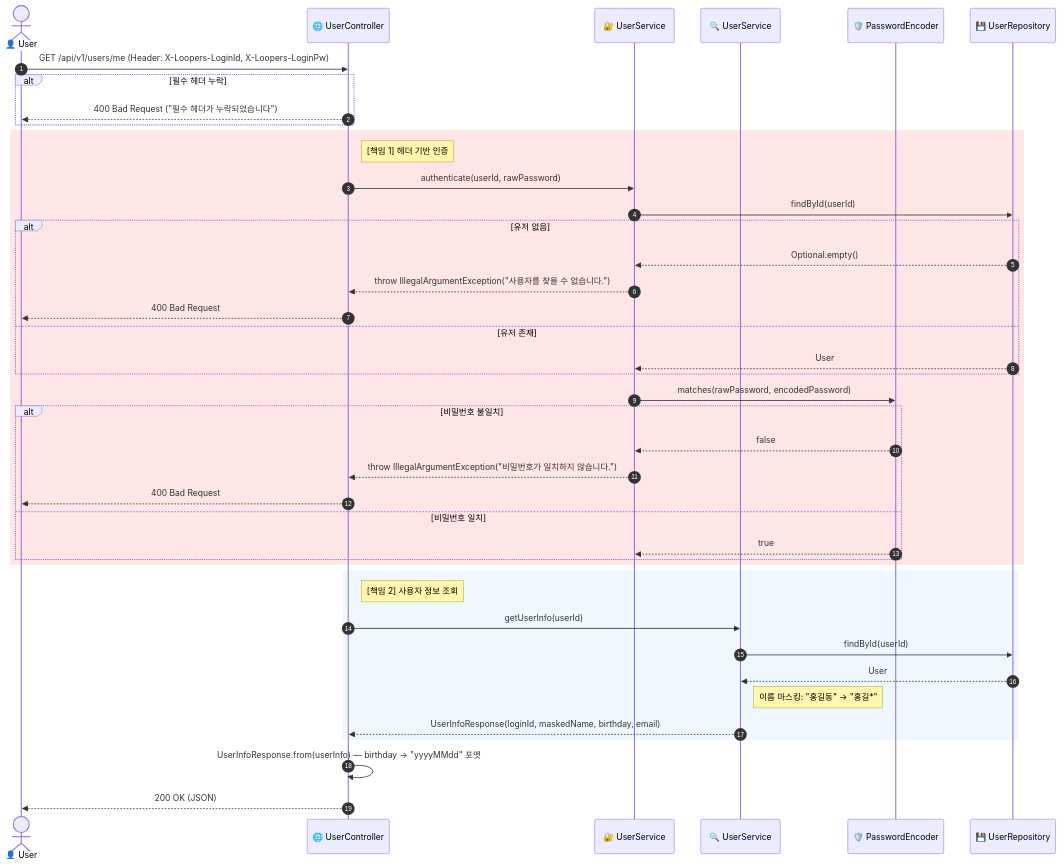
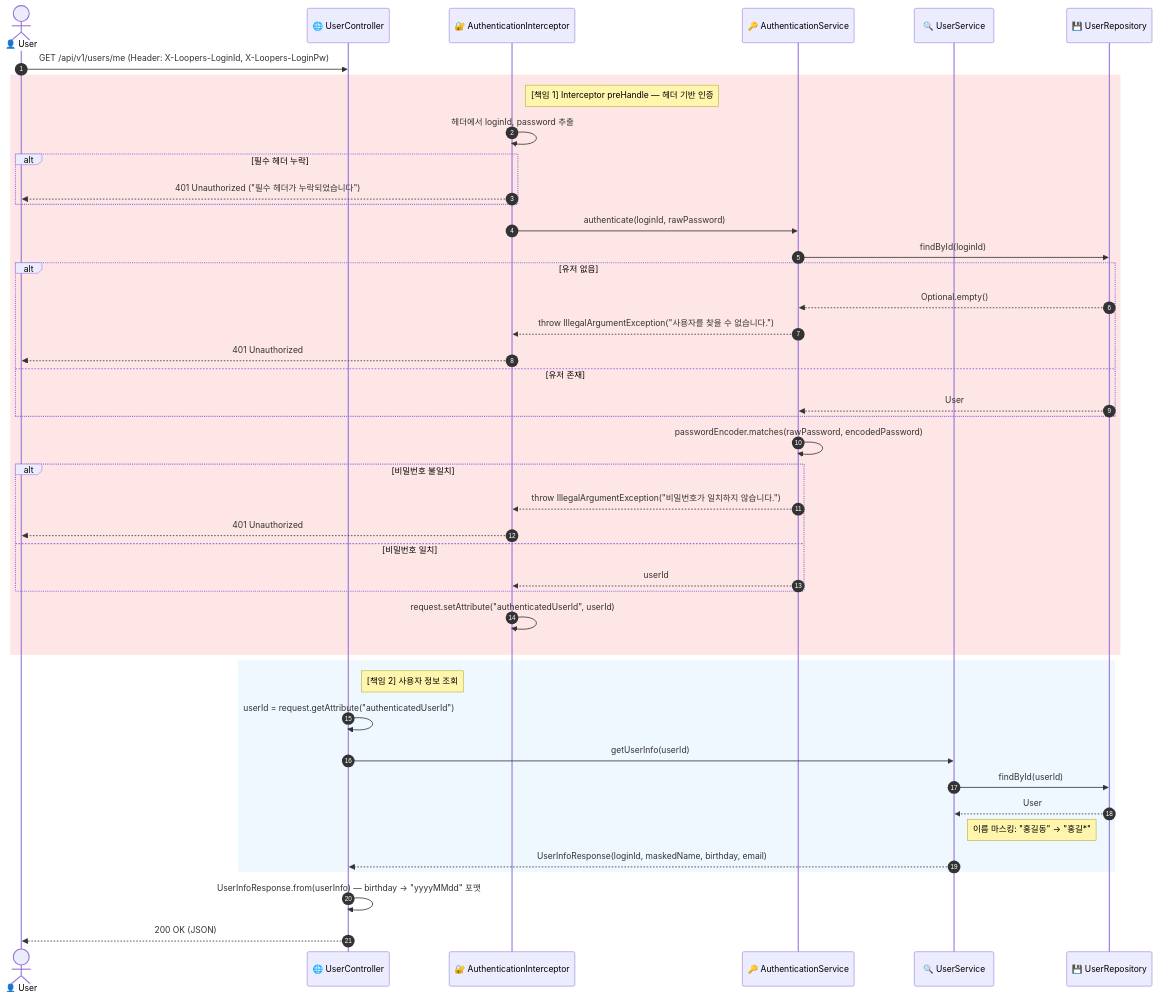
One commit to ukukdin/loop-pack-be-l2-vol3-java changed the second of 9 diagrams in .docs/design/02-sequence-diagrams.md. Above: the diagram before and after it, drawn with Mermaid. The commit also changed other lines of this file and 2 other files, not shown here.

First line of the commit message:
docs: 설계 문서에 전체 도메인 클래스 다이어그램 통합 및 시퀀스 다이어그램 Interceptor 패턴 반영

````diff
--- a/.docs/design/02-sequence-diagrams.md
+++ b/.docs/design/02-sequence-diagrams.md
@@ -86,49 +88,50 @@
 ```mermaid
 sequenceDiagram
     autonumber
     actor User as 👤 User
     participant API as 🌐 UserController
-    participant Auth as 🔐 UserService
-    participant Query as 🔍 UserService
-    participant Encoder as 🛡️ PasswordEncoder
+    participant Interceptor as 🔐 AuthenticationInterceptor
+    participant AuthService as 🔑 AuthenticationService
+    participant Service as 🔍 UserService
     participant DB as 💾 UserRepository
 
     User->>API: GET /api/v1/users/me (Header: X-Loopers-LoginId, X-Loopers-LoginPw)
 
-    alt 필수 헤더 누락
-        API-->>User: 400 Bad Request ("필수 헤더가 누락되었습니다")
-    end
-
     rect rgb(255, 230, 230)
-        Note right of API: [책임 1] 헤더 기반 인증
-        API->>Auth: authenticate(userId, rawPassword)
-        Auth->>DB: findById(userId)
+        Note right of Interceptor: [책임 1] Interceptor preHandle — 헤더 기반 인증
+        Interceptor->>Interceptor: 헤더에서 loginId, password 추출
+        alt 필수 헤더 누락
+            Interceptor-->>User: 401 Unauthorized ("필수 헤더가 누락되었습니다")
+        end
+        Interceptor->>AuthService: authenticate(loginId, rawPassword)
+        AuthService->>DB: findById(loginId)
         alt 유저 없음
-            DB-->>Auth: Optional.empty()
-            Auth-->>API: throw IllegalArgumentException("사용자를 찾을 수 없습니다.")
-            API-->>User: 400 Bad Request
+            DB-->>AuthService: Optional.empty()
+            AuthService-->>Interceptor: throw IllegalArgumentException("사용자를 찾을 수 없습니다.")
+            Interceptor-->>User: 401 Unauthorized
         else 유저 존재
-            DB-->>Auth: User
+            DB-->>AuthService: User
         end
-        Auth->>Encoder: matches(rawPassword, encodedPassword)
+        AuthService->>AuthService: passwordEncoder.matches(rawPassword, encodedPassword)
         alt 비밀번호 불일치
-            Encoder-->>Auth: false
-            Auth-->>API: throw IllegalArgumentException("비밀번호가 일치하지 않습니다.")
-            API-->>User: 400 Bad Request
+            AuthService-->>Interceptor: throw IllegalArgumentException("비밀번호가 일치하지 않습니다.")
+            Interceptor-->>User: 401 Unauthorized
         else 비밀번호 일치
-            Encoder-->>Auth: true
+            AuthService-->>Interceptor: userId
         end
+        Interceptor->>Interceptor: request.setAttribute("authenticatedUserId", userId)
     end
 
     rect rgb(240, 248, 255)
         Note right of API: [책임 2] 사용자 정보 조회
-        API->>Query: getUserInfo(userId)
-        Query->>DB: findById(userId)
-        DB-->>Query: User
-        Note right of Query: 이름 마스킹: "홍길동" → "홍길*"
-        Query-->>API: UserInfoResponse(loginId, maskedName, birthday, email)
+        API->>API: userId = request.getAttribute("authenticatedUserId")
+        API->>Service: getUserInfo(userId)
+        Service->>DB: findById(userId)
+        DB-->>Service: User
+        Note right of Service: 이름 마스킹: "홍길동" → "홍길*"
+        Service-->>API: UserInfoResponse(loginId, maskedName, birthday, email)
     end
 
     API->>API: UserInfoResponse.from(userInfo) — birthday → "yyyyMMdd" 포맷
     API-->>User: 200 OK (JSON)
 ```
````
